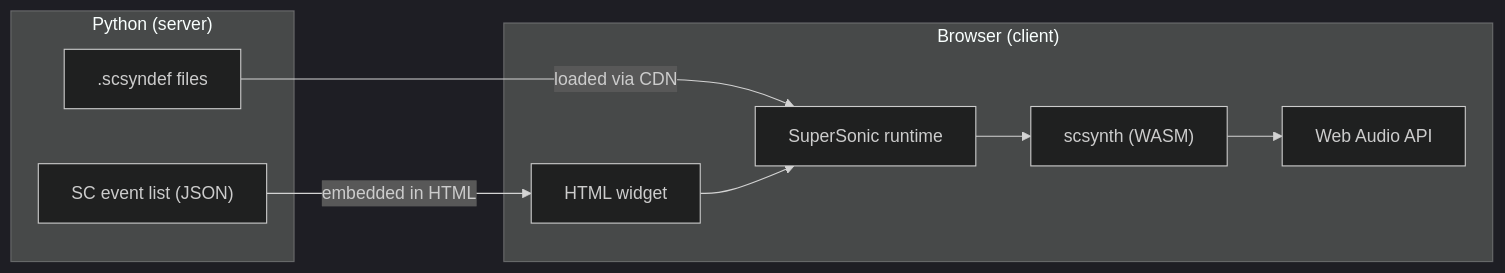
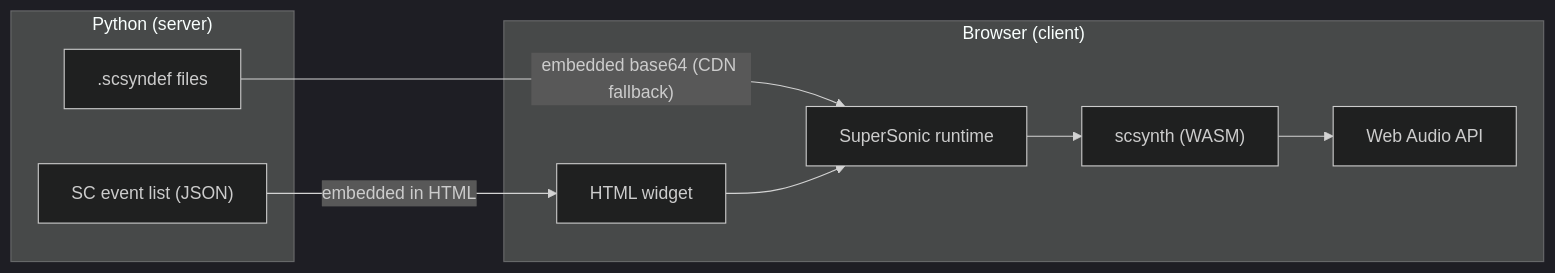
One commit to kr4g/Klotho changed the fourth of 6 diagrams in docs/architecture/07_PLAYBACK.md. Above: the diagram before and after it, drawn with Mermaid (dark theme). The commit also changed other lines of this file and 108 other files, not shown here.

````diff
--- a/docs/architecture/07_PLAYBACK.md
+++ b/docs/architecture/07_PLAYBACK.md
@@ -246,20 +246,20 @@
 ```mermaid
 flowchart LR
     subgraph "Python (server)"
         sc_events["SC event list (JSON)"]
         scsyndef[".scsyndef files"]
     end
 
     subgraph "Browser (client)"
         HTML["HTML widget"]
         SS["SuperSonic runtime"]
         SCSYNTH["scsynth (WASM)"]
         AUDIO["Web Audio API"]
     end
 
     sc_events -->|"embedded in HTML"| HTML
-    scsyndef -->|"loaded via CDN"| SS
+    scsyndef -->|"embedded base64 (CDN fallback)"| SS
     HTML --> SS
     SS --> SCSYNTH
     SCSYNTH --> AUDIO
 ```
````
